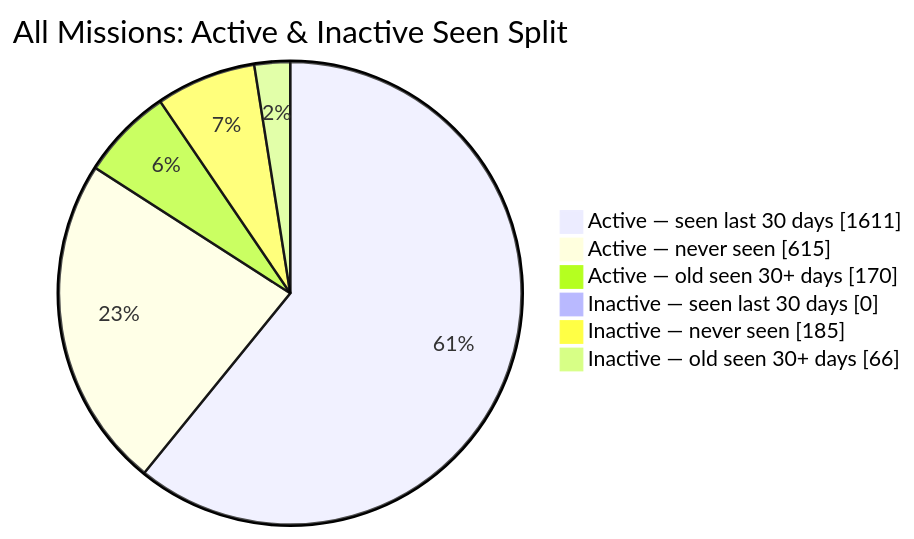
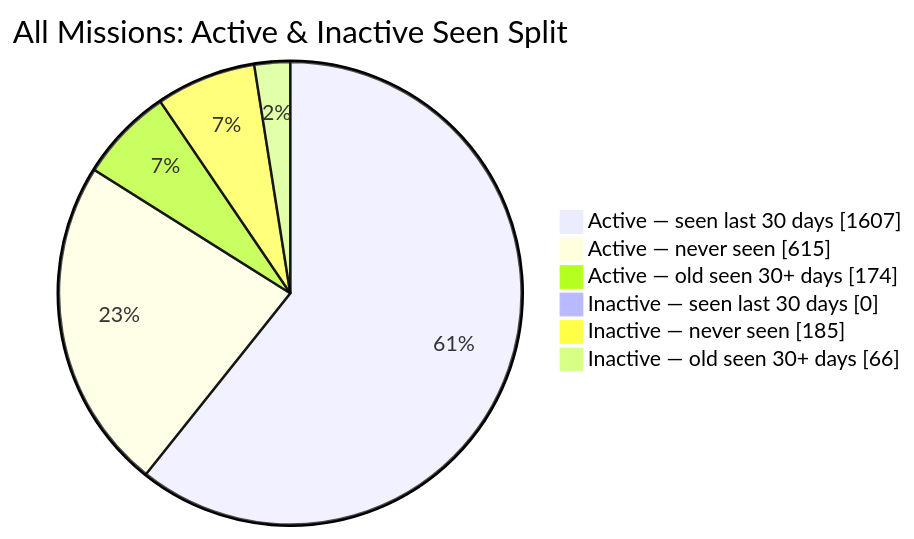
Before and after one commit to MeldkamerspelGameTeam/active-missions: the second of 2 diagrams in README.md, drawn with Mermaid. The commit also changed other lines of this file and 3 other files, not shown here.

````diff
--- a/README.md
+++ b/README.md
@@ -44,10 +44,10 @@
 ```mermaid
 pie showData
     title All Missions: Active & Inactive Seen Split
-    "Active — seen last 30 days" : 1611
+    "Active — seen last 30 days" : 1607
     "Active — never seen" : 615
-    "Active — old seen 30+ days" : 170
+    "Active — old seen 30+ days" : 174
     "Inactive — seen last 30 days" : 0
     "Inactive — never seen" : 185
     "Inactive — old seen 30+ days" : 66
 ```
````
